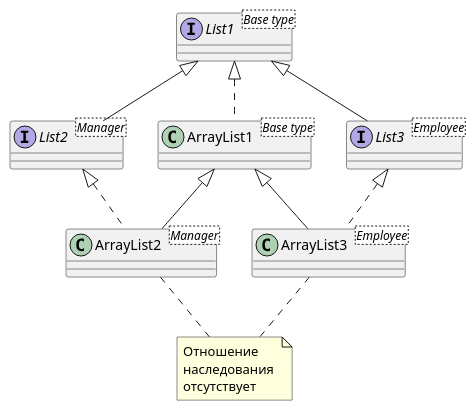
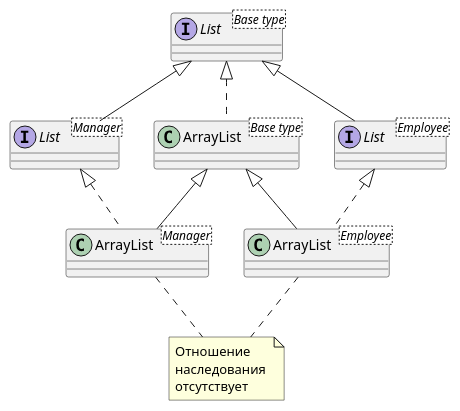
One commit to sectorsj/learnbooks changed the diagram in hortsmann_v_one/src/main/resources/_418/pic_8_2.puml. Above: the diagram before and after it, drawn with PlantUML. The commit also changed 1 other file, not shown here.

```diff
--- a/hortsmann_v_one/src/main/resources/_418/pic_8_2.puml
+++ b/hortsmann_v_one/src/main/resources/_418/pic_8_2.puml
@@ -1,27 +1,27 @@
 @startuml
 'https://plantuml.com/class-diagram
 
-interface List1 <Base type>
-interface List2 <Manager>
-interface List3 <Employee>
+interface "List <Base type>" as interface1
+interface "List <Manager>" as interface2
+interface "List <Employee>" as interface3
 
-List1 <|-- List2
-List1 <|-- List3
+interface1 <|-- interface2
+interface1 <|-- interface3
 
-class ArrayList1<Base type>
-class ArrayList2<Manager>
-class ArrayList3<Employee>
+class "ArrayList<Base type>"  as class1
+class "ArrayList<Manager>" as class2
+class "ArrayList<Employee>" as class3
 
-List1 <|..ArrayList1
-List2 <|..ArrayList2
-List3 <|..ArrayList3
-ArrayList1 <|-- ArrayList2
-ArrayList1 <|-- ArrayList3
+interface1 <|..class1
+interface2 <|..class2
+interface3 <|..class3
+class1 <|-- class2
+class1 <|-- class3
 
 note "Отношение \nнаследования \nотсутствует" as N1
 
-ArrayList2..N1
-ArrayList3..N1
+class2..N1
+class3..N1
 
 
 @enduml
```
